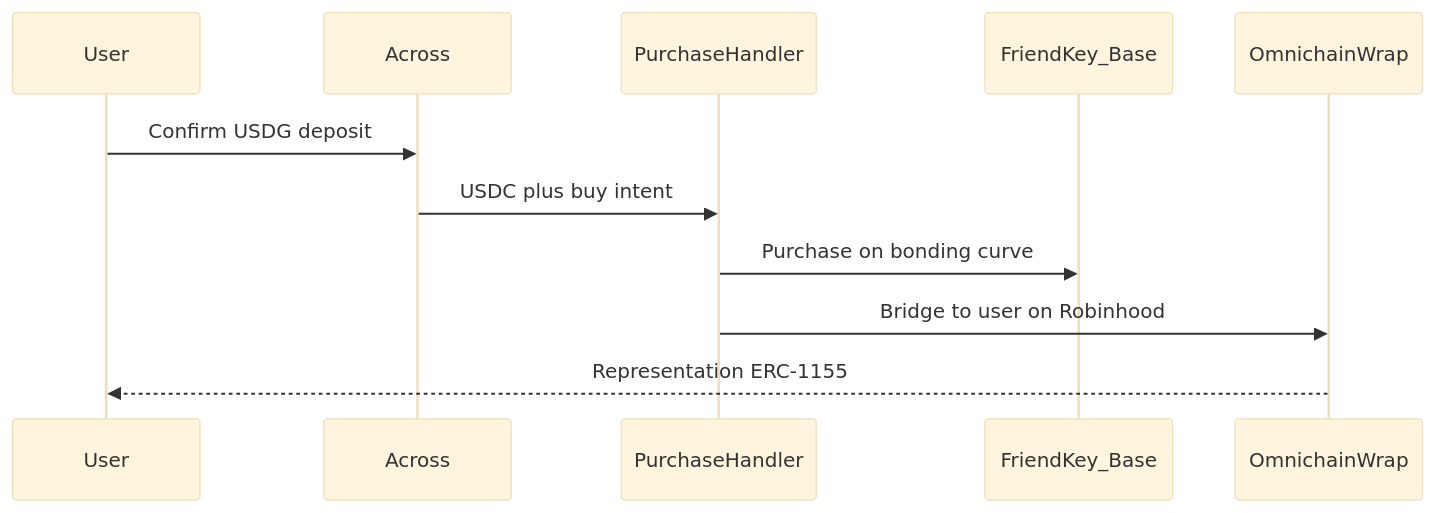
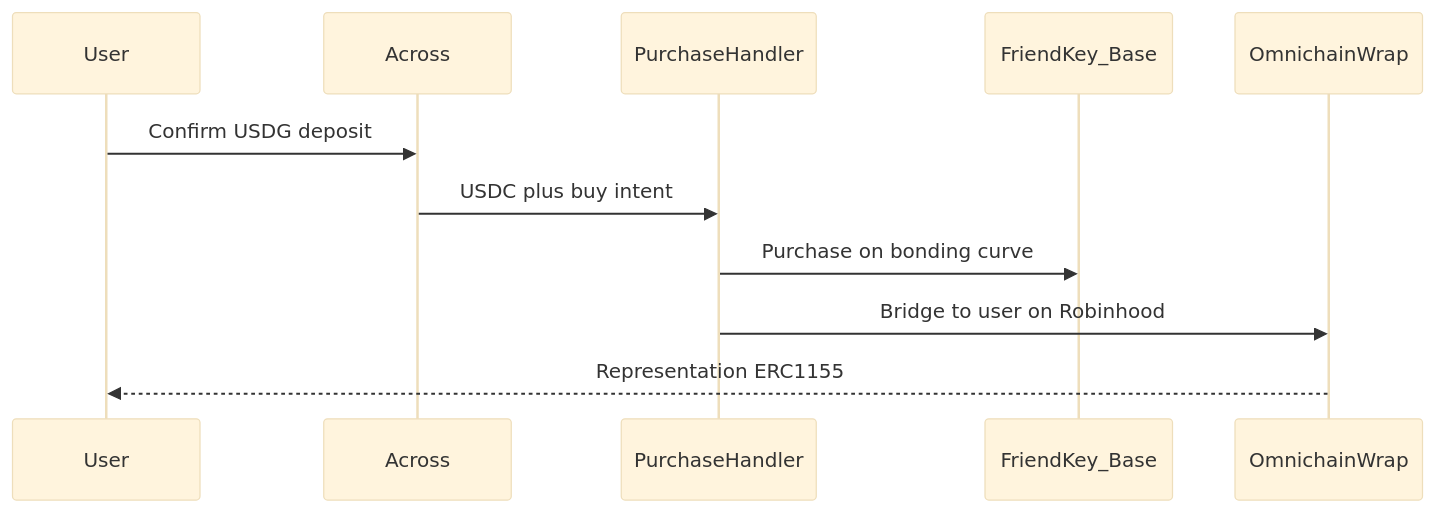
One commit to 4626fun/4626 changed the first of 2 diagrams in docs/designs/friendkey-cross-chain-acquisition.md. Above: the diagram before and after it, drawn with Mermaid (base theme). The commit also changed other lines of this file and 2 other files, not shown here.

````diff
--- a/docs/designs/friendkey-cross-chain-acquisition.md
+++ b/docs/designs/friendkey-cross-chain-acquisition.md
@@ -34,14 +49,14 @@
 ```mermaid
 sequenceDiagram
   participant User as User
   participant Across as Across
   participant Buyer as PurchaseHandler
   participant FK as FriendKey_Base
   participant Wrap as OmnichainWrap
 
   User->>Across: Confirm USDG deposit
   Across->>Buyer: USDC plus buy intent
   Buyer->>FK: Purchase on bonding curve
   Buyer->>Wrap: Bridge to user on Robinhood
-  Wrap-->>User: Representation ERC-1155
+  Wrap-->>User: Representation ERC1155
 ```
````
